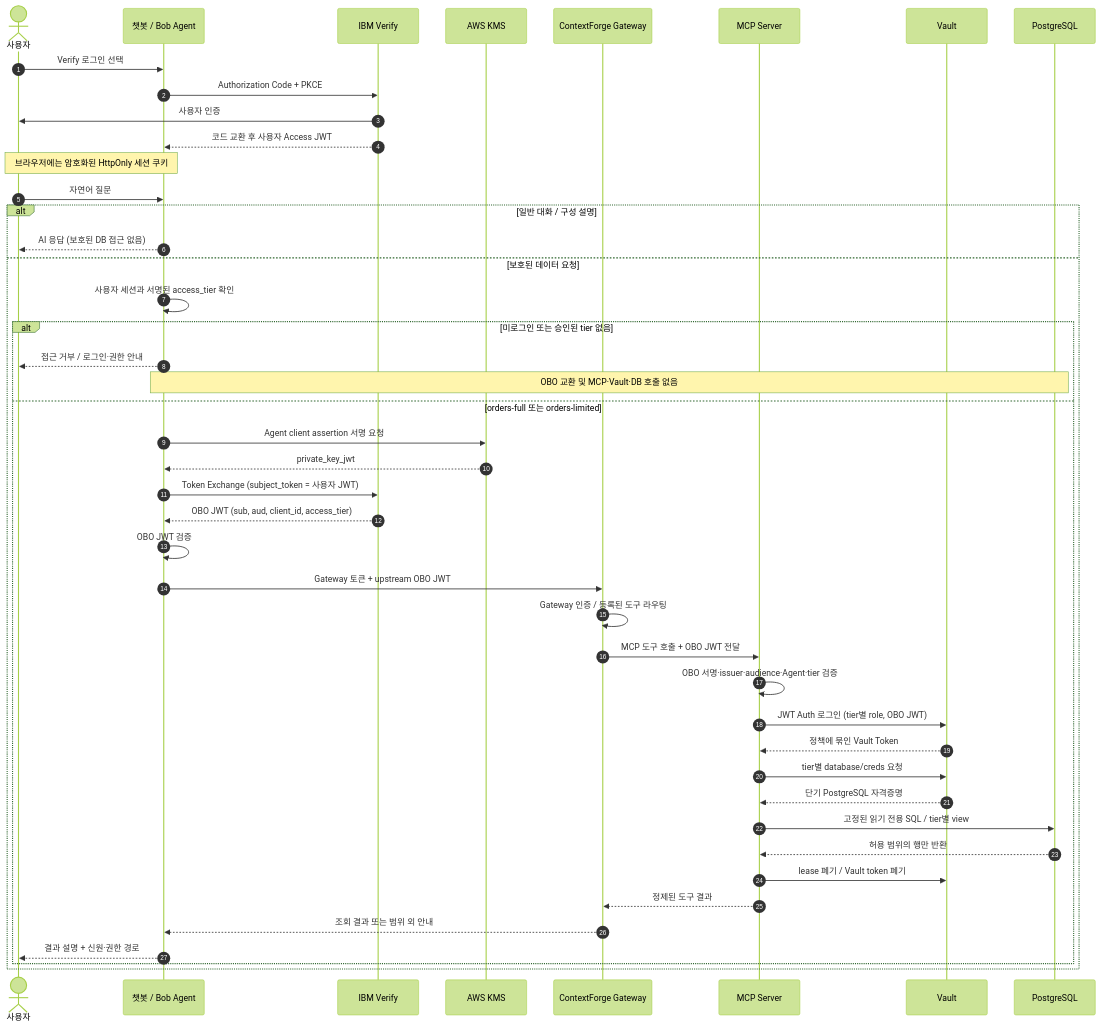
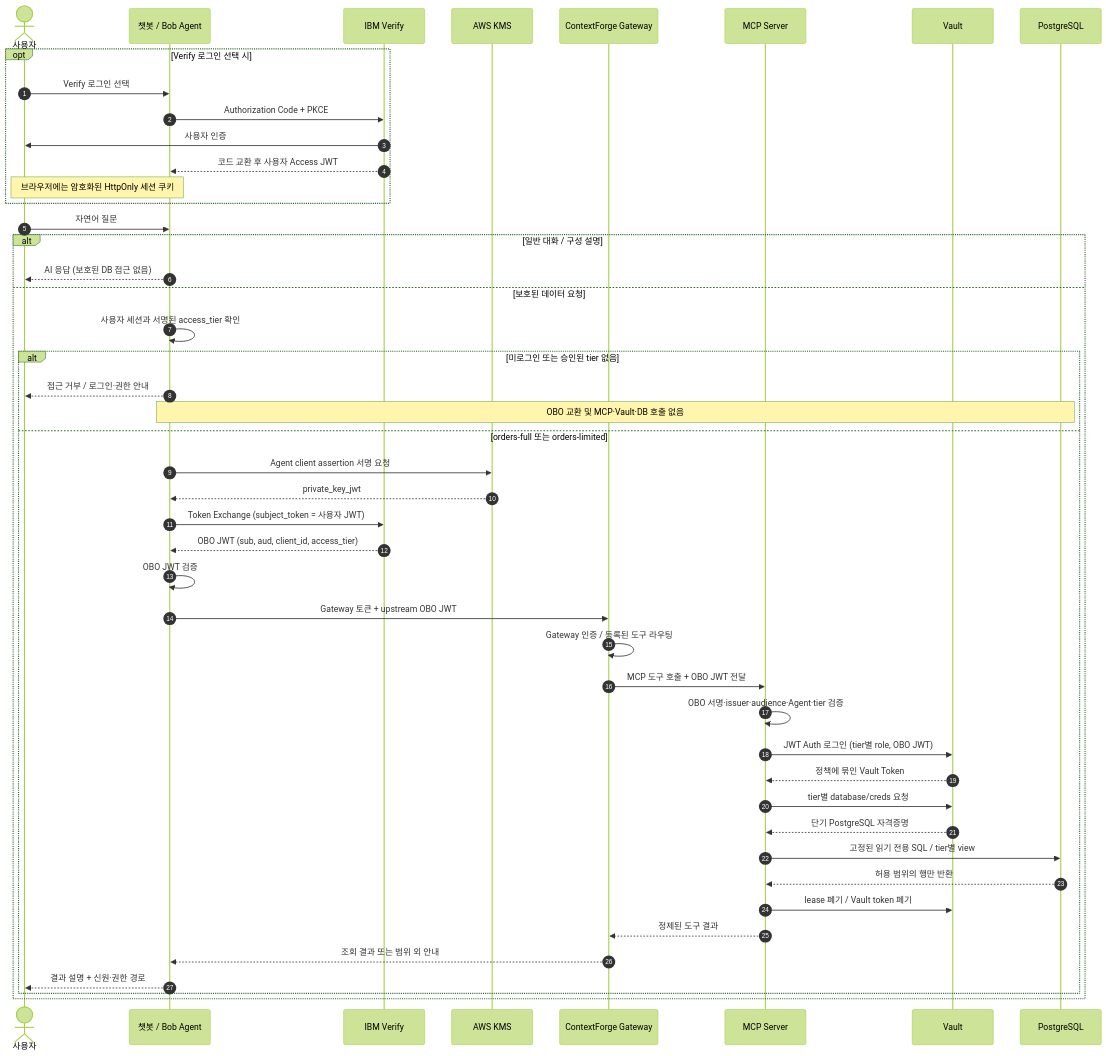
The diagram in README.md (Byeongwook-Heo/vault-agentic-ai-demo), drawn with Mermaid (forest theme) before and after one commit. The commit also changed 1 other file, not shown here.

Commit message:
문서: 로그인 전 일반 대화를 시퀀스에 명확히 표시

````diff
--- a/README.md
+++ b/README.md
@@ -43,47 +43,49 @@
 ```mermaid
 sequenceDiagram
     autonumber
     actor U as 사용자
     participant B as 챗봇 / Bob Agent
     participant V as IBM Verify
     participant K as AWS KMS
     participant G as ContextForge Gateway
     participant M as MCP Server
     participant H as Vault
     participant D as PostgreSQL
+    opt Verify 로그인 선택 시
     U->>B: Verify 로그인 선택
     B->>V: Authorization Code + PKCE
     V->>U: 사용자 인증
     V-->>B: 코드 교환 후 사용자 Access JWT
     Note over U,B: 브라우저에는 암호화된 HttpOnly 세션 쿠키
+    end
     U->>B: 자연어 질문
     alt 일반 대화 / 구성 설명
         B-->>U: AI 응답 (보호된 DB 접근 없음)
     else 보호된 데이터 요청
         B->>B: 사용자 세션과 서명된 access_tier 확인
         alt 미로그인 또는 승인된 tier 없음
             B-->>U: 접근 거부 / 로그인·권한 안내
             Note over B,D: OBO 교환 및 MCP·Vault·DB 호출 없음
         else orders-full 또는 orders-limited
             B->>K: Agent client assertion 서명 요청
             K-->>B: private_key_jwt
             B->>V: Token Exchange (subject_token = 사용자 JWT)
             V-->>B: OBO JWT (sub, aud, client_id, access_tier)
             B->>B: OBO JWT 검증
             B->>G: Gateway 토큰 + upstream OBO JWT
             G->>G: Gateway 인증 / 등록된 도구 라우팅
             G->>M: MCP 도구 호출 + OBO JWT 전달
             M->>M: OBO 서명·issuer·audience·Agent·tier 검증
             M->>H: JWT Auth 로그인 (tier별 role, OBO JWT)
             H-->>M: 정책에 묶인 Vault Token
             M->>H: tier별 database/creds 요청
             H-->>M: 단기 PostgreSQL 자격증명
             M->>D: 고정된 읽기 전용 SQL / tier별 view
             D-->>M: 허용 범위의 행만 반환
             M->>H: lease 폐기 / Vault token 폐기
             M-->>G: 정제된 도구 결과
             G-->>B: 조회 결과 또는 범위 외 안내
             B-->>U: 결과 설명 + 신원·권한 경로
         end
     end
 ```
````
